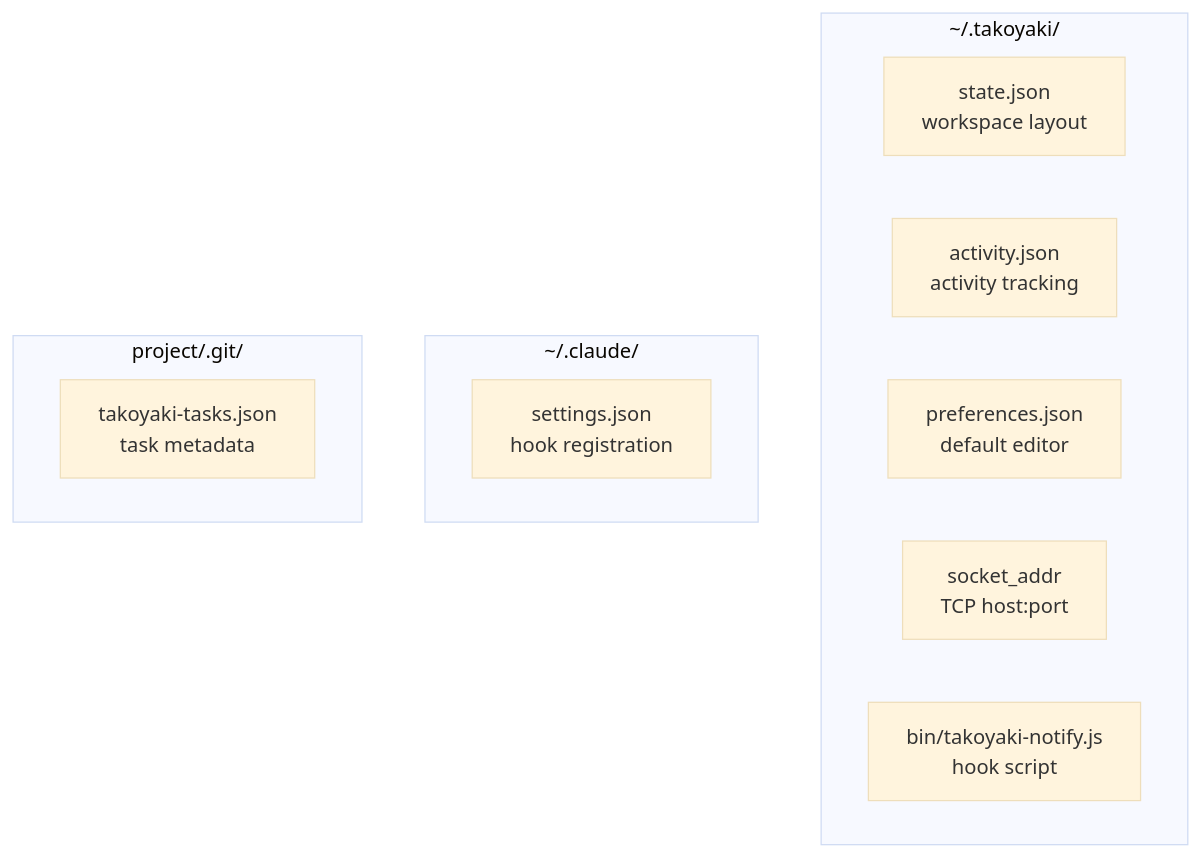
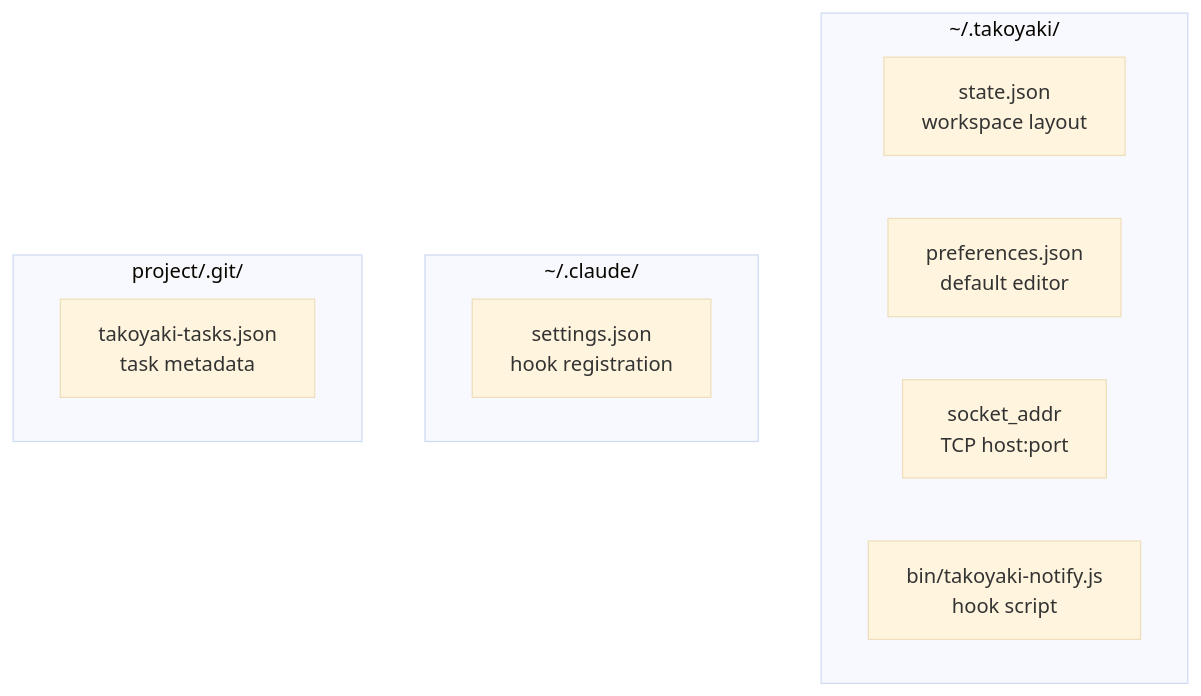
Before and after one commit to adikuma/takoyaki: the ninth of 10 diagrams in docs/ARCHITECTURE.md, drawn with Mermaid (base theme). The commit also changed other lines of this file and 6 other files, not shown here.

````diff
--- a/docs/ARCHITECTURE.md
+++ b/docs/ARCHITECTURE.md
@@ -167,18 +167,17 @@
 ```mermaid
 graph TD
     subgraph "~/.takoyaki/"
         state["state.json<br/>workspace layout"]
-        activity["activity.json<br/>activity tracking"]
         prefs["preferences.json<br/>default editor"]
         addr["socket_addr<br/>TCP host:port"]
         notify["bin/takoyaki-notify.js<br/>hook script"]
     end
 
     subgraph "~/.claude/"
         settings["settings.json<br/>hook registration"]
     end
 
     subgraph "project/.git/"
         tasks["takoyaki-tasks.json<br/>task metadata"]
     end
 ```
````
